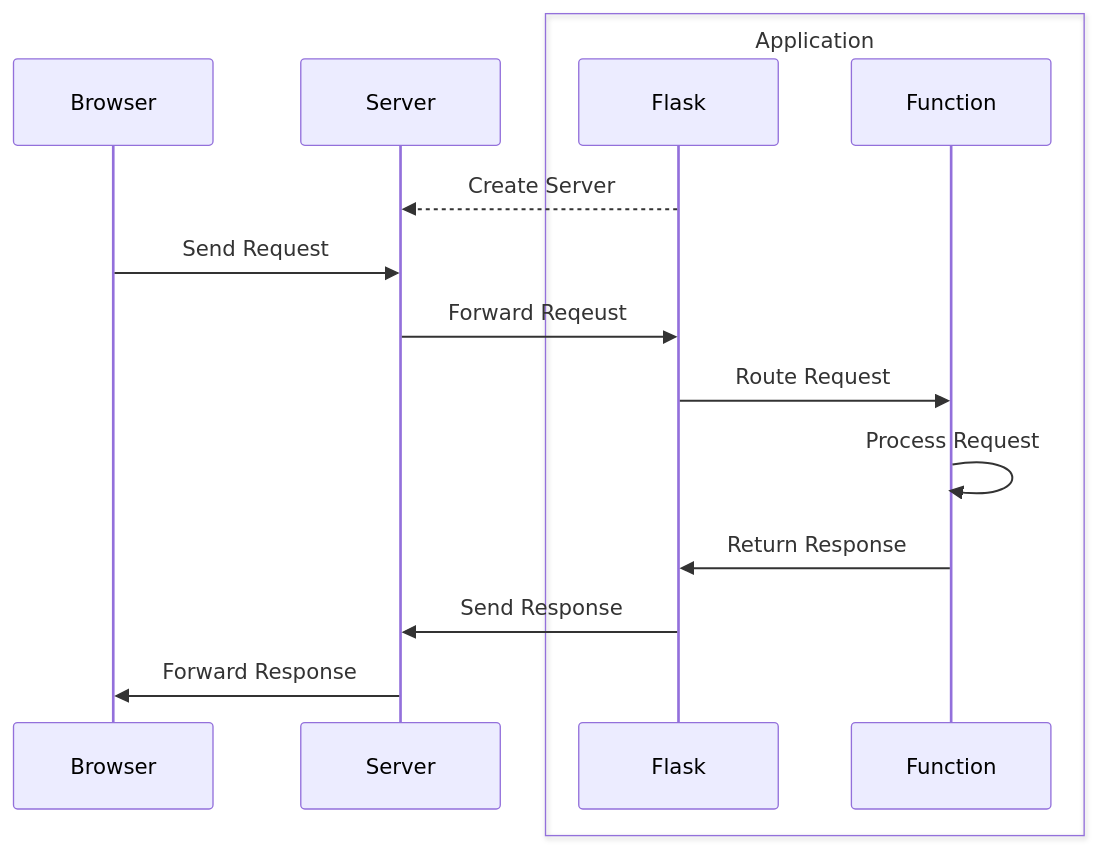
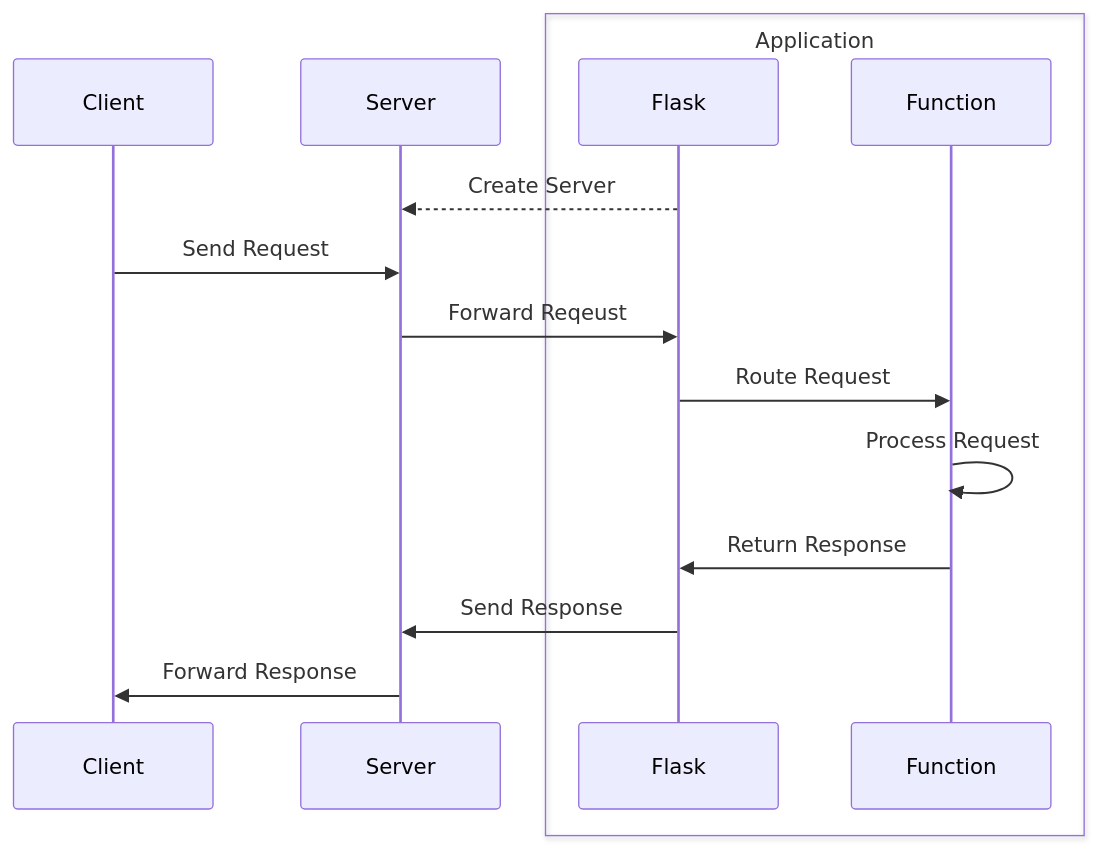
The first of 2 diagrams in sorrentum_sandbox/spring2024/SorrTask775_Rate_Limiting_API_with_Redis/README.md (kaizen-ai/kaizenflow), drawn with Mermaid before and after one commit. The commit also changed other lines of this file, not shown here.

````diff
--- a/sorrentum_sandbox/spring2024/SorrTask775_Rate_Limiting_API_with_Redis/README.md
+++ b/sorrentum_sandbox/spring2024/SorrTask775_Rate_Limiting_API_with_Redis/README.md
@@ -13,17 +13,17 @@
 ```mermaid
 sequenceDiagram
-    participant Browser
+    participant Client
     participant Server
     box Application
     participant Flask
     participant Function
     end
     Flask-->>Server: Create Server
-    Browser->>Server: Send Request
+    Client->>Server: Send Request
     Server->>Flask: Forward Reqeust
     Flask->>Function: Route Request
     Function->>Function: Process Request
     Function->>Flask: Return Response
     Flask->>Server: Send Response
-    Server->> Browser: Forward Response
+    Server->>Client: Forward Response
 ```
````
